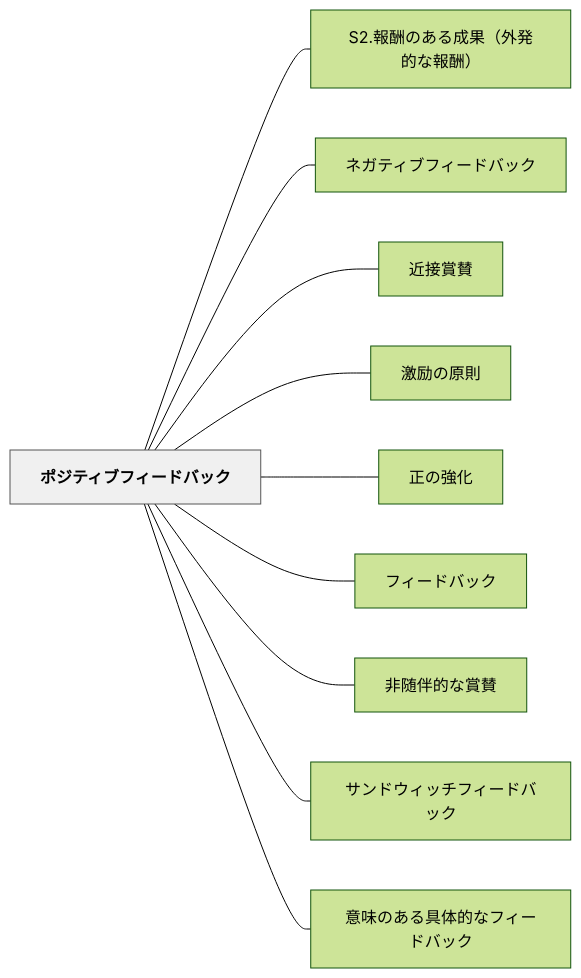
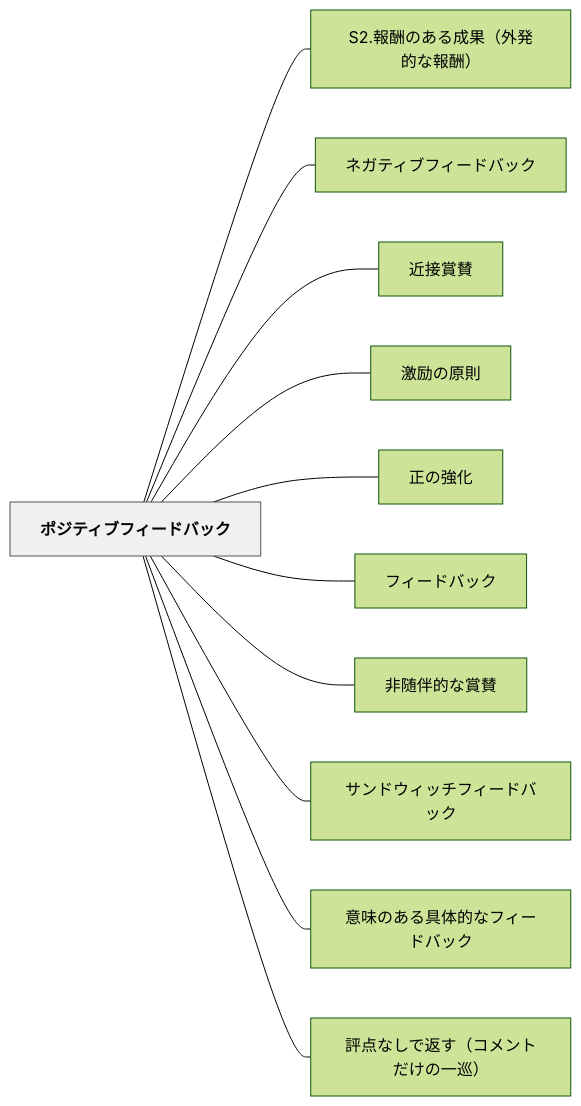
Before and after one commit to unknownthings-ed-patterns/unknownthings-ed-patterns: the diagram in content/パタン/ポジティブフィードバック.md, drawn with Mermaid (forest theme). The commit also changed other lines of this file and 2 other files, not shown here.

````diff
--- a/content/パタン/ポジティブフィードバック.md
+++ b/content/パタン/ポジティブフィードバック.md
@@ -86,26 +89,28 @@
 ```mermaid
 flowchart LR
     ne3839de382b8e38386e382a3e38396e38395e382a3e383bce38389e38390e38383e382af["ポジティブフィードバック"]
     n53322ee5a0b1e985ace381aee38182e3828be68890e69e9cefbc88e5a496e799bae79a84e381aae5a0b1e985acefbc89["S2.報酬のある成果（外発的な報酬）"]
     ne3838de382ace38386e382a3e38396e38395e382a3e383bce38389e38390e38383e382af["ネガティブフィードバック"]
     ne8bf91e68ea5e8b39ee8b39b["近接賞賛"]
     ne6bf80e58ab1e381aee58e9fe58987["激励の原則"]
     ne6ada3e381aee5bcb7e58c96["正の強化"]
     ne38395e382a3e383bce38389e38390e38383e382af["フィードバック"]
     ne99d9ee99a8fe4bcb4e79a84e381aae8b39ee8b39b["非随伴的な賞賛"]
     ne382b5e383b3e38389e382a6e382a3e38383e38381e38395e382a3e383bce38389e38390e38383e382af["サンドウィッチフィードバック"]
     ne6848fe591b3e381aee38182e3828be585b7e4bd93e79a84e381aae38395e382a3e383bce38389e38390e38383e382af["意味のある具体的なフィードバック"]
+    ne8a995e782b9e381aae38197e381a7e8bf94e38199efbc88e382b3e383a1e383b3e38388e381a0e38191e381aee4b880e5b7a1efbc89["評点なしで返す（コメントだけの一巡）"]
 
     ne3839de382b8e38386e382a3e38396e38395e382a3e383bce38389e38390e38383e382af --- n53322ee5a0b1e985ace381aee38182e3828be68890e69e9cefbc88e5a496e799bae79a84e381aae5a0b1e985acefbc89
     ne3839de382b8e38386e382a3e38396e38395e382a3e383bce38389e38390e38383e382af --- ne3838de382ace38386e382a3e38396e38395e382a3e383bce38389e38390e38383e382af
     ne3839de382b8e38386e382a3e38396e38395e382a3e383bce38389e38390e38383e382af --- ne8bf91e68ea5e8b39ee8b39b
     ne3839de382b8e38386e382a3e38396e38395e382a3e383bce38389e38390e38383e382af --- ne6bf80e58ab1e381aee58e9fe58987
     ne3839de382b8e38386e382a3e38396e38395e382a3e383bce38389e38390e38383e382af --- ne6ada3e381aee5bcb7e58c96
     ne3839de382b8e38386e382a3e38396e38395e382a3e383bce38389e38390e38383e382af --- ne38395e382a3e383bce38389e38390e38383e382af
     ne3839de382b8e38386e382a3e38396e38395e382a3e383bce38389e38390e38383e382af --- ne99d9ee99a8fe4bcb4e79a84e381aae8b39ee8b39b
     ne3839de382b8e38386e382a3e38396e38395e382a3e383bce38389e38390e38383e382af --- ne382b5e383b3e38389e382a6e382a3e38383e38381e38395e382a3e383bce38389e38390e38383e382af
     ne3839de382b8e38386e382a3e38396e38395e382a3e383bce38389e38390e38383e382af --- ne6848fe591b3e381aee38182e3828be585b7e4bd93e79a84e381aae38395e382a3e383bce38389e38390e38383e382af
+    ne3839de382b8e38386e382a3e38396e38395e382a3e383bce38389e38390e38383e382af --- ne8a995e782b9e381aae38197e381a7e8bf94e38199efbc88e382b3e383a1e383b3e38388e381a0e38191e381aee4b880e5b7a1efbc89
 
     classDef hub fill:#f0f0f0,stroke:#555,color:#000,font-weight:bold
     class ne3839de382b8e38386e382a3e38396e38395e382a3e383bce38389e38390e38383e382af hub
 ```
````
